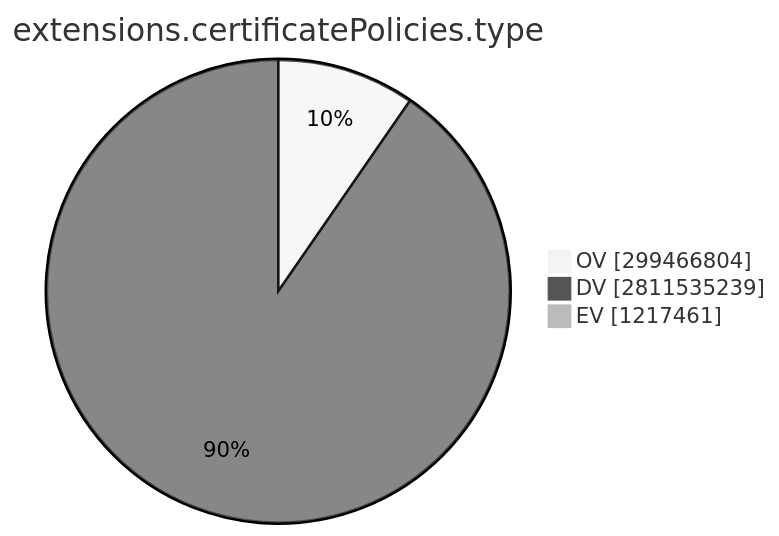
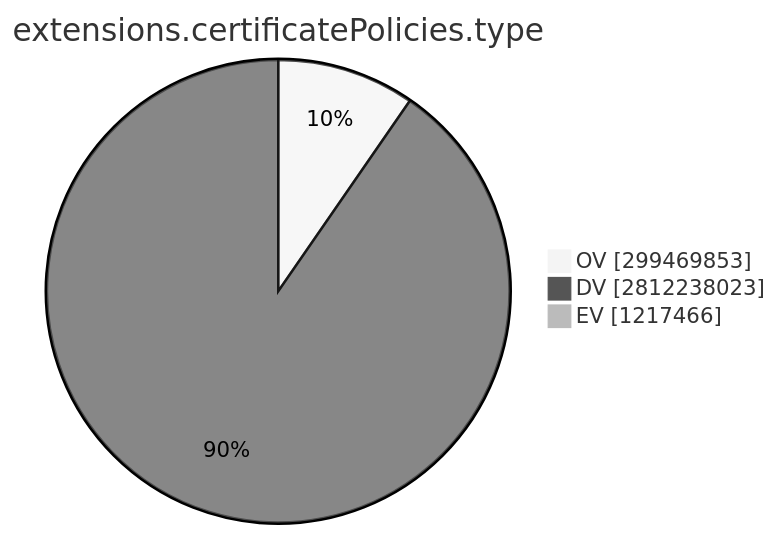
Before and after one commit to christiankrug/ctmonitor_visualization: the ninth of 15 diagrams in TOTAL/README.md, drawn with Mermaid (neutral theme). The commit also changed other lines of this file, not shown here.

````diff
--- a/TOTAL/README.md
+++ b/TOTAL/README.md
@@ -3101,7 +3101,7 @@
 ```mermaid
 pie showData
 title extensions.certificatePolicies.type
-"OV" :299466804
-"DV" :2811535239
-"EV" :1217461
+"OV" :299469853
+"DV" :2812238023
+"EV" :1217466
 ```
````
